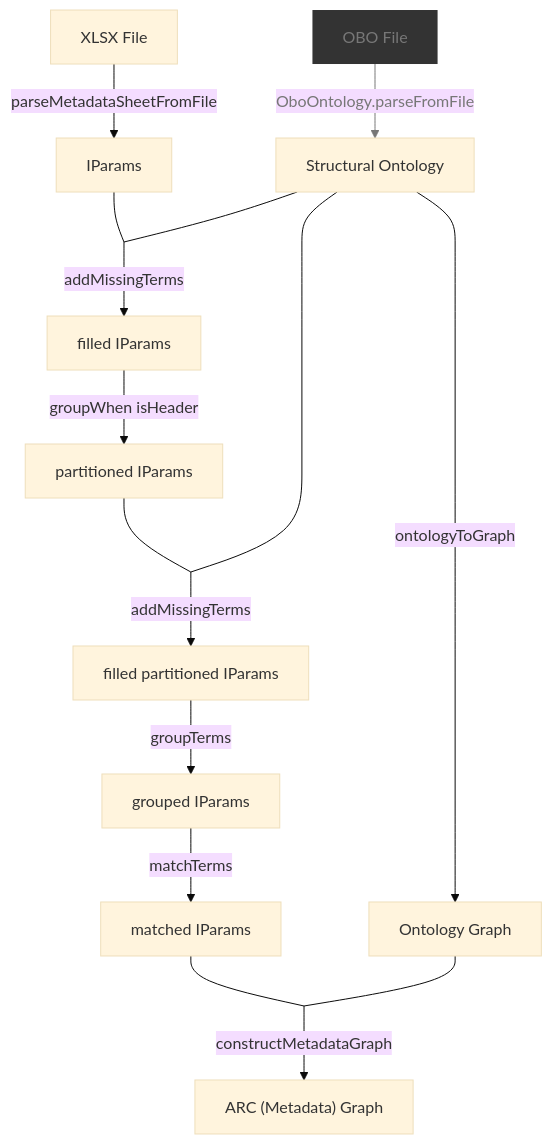
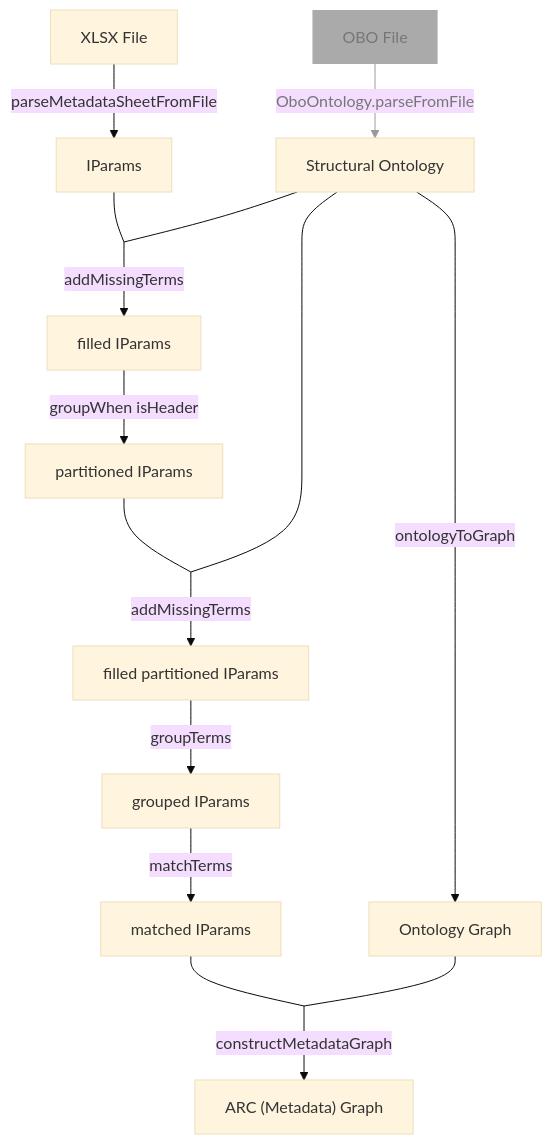
The diagram in workingGraph.md (nfdi4plants/arc-validate), drawn with Mermaid (base theme) before and after one commit.

Commit message:
Update working graph's visuals

````diff
--- a/workingGraph.md
+++ b/workingGraph.md
@@ -1,40 +1,40 @@
 ```mermaid
 
 flowchart 
 	xf[XLSX File]
 	ips[IParams]
 	of[OBO File]
 	fips[filled IParams]
 	partiparams[partitioned IParams]
 	fipartips[filled partitioned IParams]
 	grips[grouped IParams]
 	onto[Structural Ontology]
 	og[Ontology Graph]
 	maps[matched IParams]
 	arcgr["ARC (Metadata) Graph"]
 
 	D[ ]
 	D2[ ]
 	D3[ ]
 
 	style D height:0.0000001px,width:0.000001px
 	style D2 height:0.0000001px,width:0.000001px
 	style D3 height:0.0000001px,width:0.000001px
-	style of fill:#333,stroke-width:0,color:#777
+	style of fill:#AAA,stroke-width:0,color:#777
 
 	xf -->|parseMetadataSheetFromFile| ips
 	of --> |OboOntology.parseFromFile| onto
 	ips & onto --- D
 	D -->|addMissingTerms| fips
 	fips -->|groupWhen isHeader| partiparams
 	partiparams & onto --- D3
 	D3 -->|addMissingTerms| fipartips
 	fipartips -->|groupTerms| grips
 	onto -->|ontologyToGraph| og
 	grips -->|matchTerms| maps
 	maps & og --- D2
 	D2 -->|constructMetadataGraph| arcgr
 
-	linkStyle 1 stroke:#777,color:#777
+	linkStyle 1 stroke:#999,color:#777
 
 ```
````
